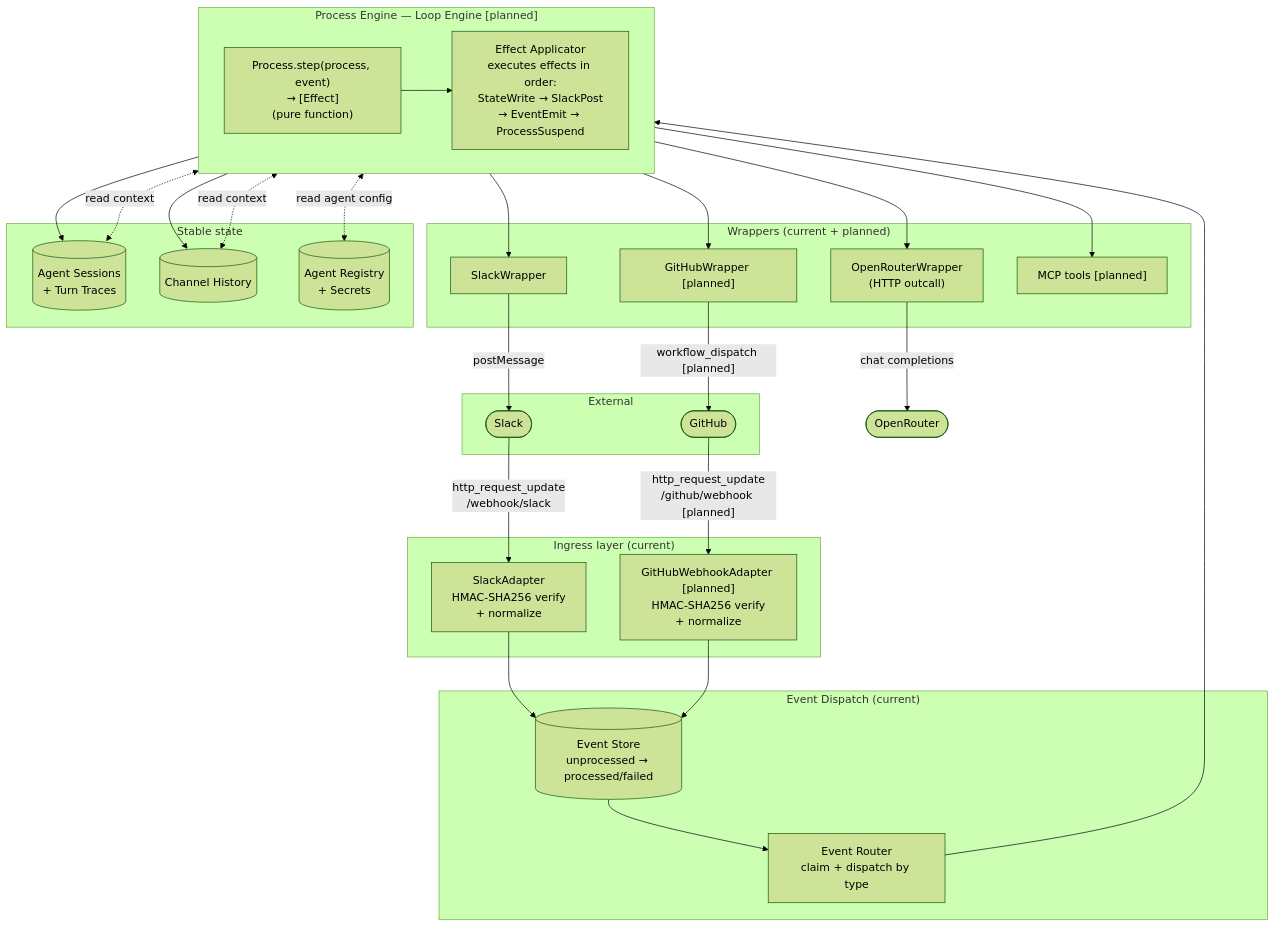
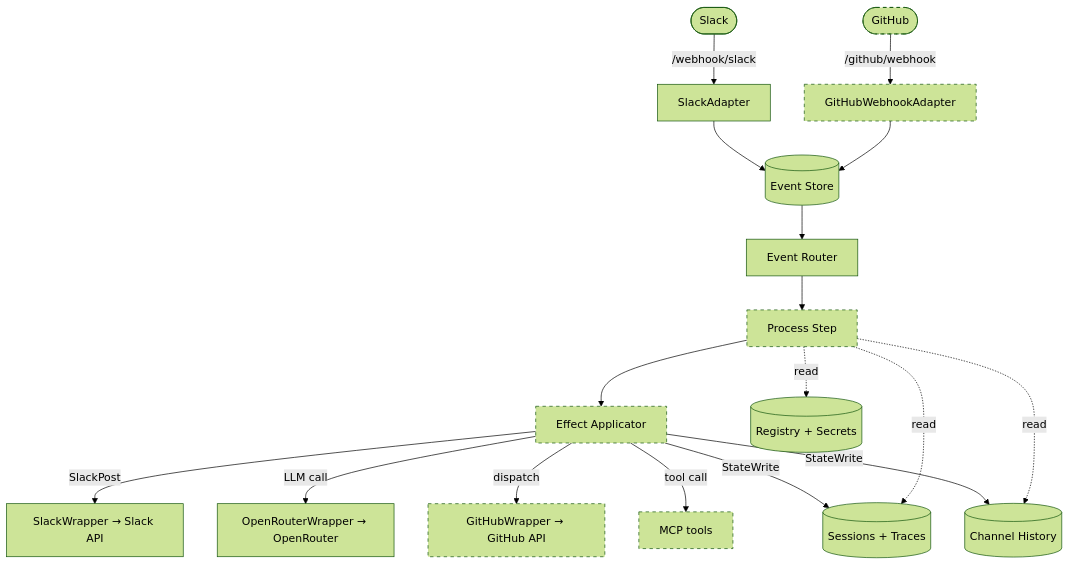
One commit to Looping-AI/looping-control-plane changed the second of 2 diagrams in ARCHITECTURE.md. Above: the diagram before and after it, drawn with Mermaid (forest theme). The commit also changed other lines of this file, not shown here.

Commit message:
reorganized mermaid chart

````diff
--- a/ARCHITECTURE.md
+++ b/ARCHITECTURE.md
@@ -79,56 +99,26 @@
 ```mermaid
 flowchart TD
-    subgraph External
-        S([Slack])
-        GH([GitHub])
-    end
+    classDef planned stroke-dasharray:5 5
 
-    subgraph Ingress ["Ingress layer (current)"]
-        SA["SlackAdapter\nHMAC-SHA256 verify\n+ normalize"]
-        GHA["GitHubWebhookAdapter [planned]\nHMAC-SHA256 verify\n+ normalize"]
-    end
+    S([Slack]) -->|"/webhook/slack"| SA[SlackAdapter]
+    GH([GitHub]) -->|"/github/webhook"| GHA[GitHubWebhookAdapter]
 
-    subgraph Dispatch ["Event Dispatch (current)"]
-        ES[("Event Store\nunprocessed → processed/failed")]
-        ER["Event Router\nclaim + dispatch by type"]
-    end
-
-    subgraph Engine ["Process Engine — Loop Engine [planned]"]
-        direction LR
-        PE["Process.step(process, event)\n→ [Effect]\n(pure function)"]
-        EA["Effect Applicator\nexecutes effects in order:\nStateWrite → SlackPost\n→ EventEmit → ProcessSuspend"]
-    end
-
-    subgraph Wrappers ["Wrappers (current + planned)"]
-        SW["SlackWrapper"]
-        GHW["GitHubWrapper [planned]"]
-        LLM["OpenRouterWrapper\n(HTTP outcall)"]
-        MCP["MCP tools [planned]"]
-    end
-
-    subgraph State ["Stable state"]
-        AS[("Agent Sessions\n+ Turn Traces")]
-        CH[("Channel History")]
-        AR[("Agent Registry\n+ Secrets")]
-    end
-
-    S -->|"http_request_update\n/webhook/slack"| SA
-    GH -->|"http_request_update\n/github/webhook [planned]"| GHA
     SA --> ES
     GHA --> ES
-    ES --> ER
-    ER --> PE
-    PE --> EA
-    EA --> SW
-    EA --> GHW
-    EA --> LLM
-    EA --> MCP
-    EA --> AS
-    EA --> CH
-    SW -->|postMessage| S
-    GHW -->|"workflow_dispatch [planned]"| GH
-    LLM -->|chat completions| OpenRouter([OpenRouter])
-    PE <-.->|"read context"| AS
-    PE <-.->|"read context"| CH
-    PE <-.->|"read agent config"| AR
+    ES[("Event Store")] --> ER[Event Router]
+    ER --> PE[Process Step] --> EA[Effect Applicator]
+
+    EA -->|SlackPost| SW["SlackWrapper → Slack API"]
+    EA -->|LLM call| LLM["OpenRouterWrapper → OpenRouter"]
+    EA -->|dispatch| GHW["GitHubWrapper → GitHub API"]
+    EA -->|tool call| MCP[MCP tools]
+
+    EA -->|StateWrite| AS[("Sessions + Traces")]
+    EA -->|StateWrite| CH[("Channel History")]
+
+    PE -.->|read| AS
+    PE -.->|read| CH
+    PE -.->|read| AR[("Registry + Secrets")]
+
+    class GH,GHA,PE,EA,GHW,MCP planned
 ```
````
